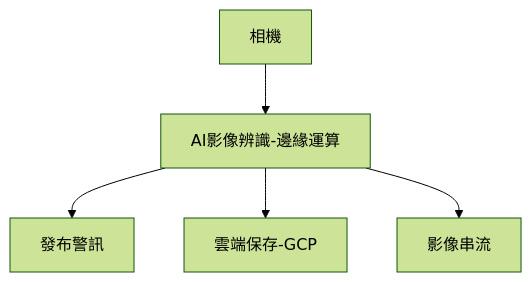
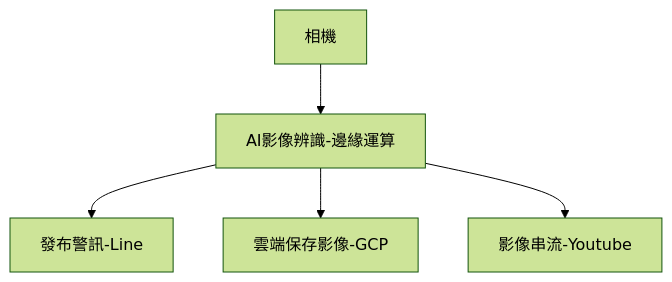
One commit to Anson0411/AIoT-Platform-Exercise changed the diagram in README.md. Above: the diagram before and after it, drawn with Mermaid (forest theme).

````diff
--- a/README.md
+++ b/README.md
@@ -4,7 +4,7 @@
 ```mermaid
 graph TD;
     相機-->AI影像辨識-邊緣運算;
-    AI影像辨識-邊緣運算-->發布警訊;
-    AI影像辨識-邊緣運算-->雲端保存-GCP;
-    AI影像辨識-邊緣運算-->影像串流;
+    AI影像辨識-邊緣運算-->發布警訊-Line;
+    AI影像辨識-邊緣運算-->雲端保存影像-GCP;
+    AI影像辨識-邊緣運算-->影像串流-Youtube;
 ```
````
